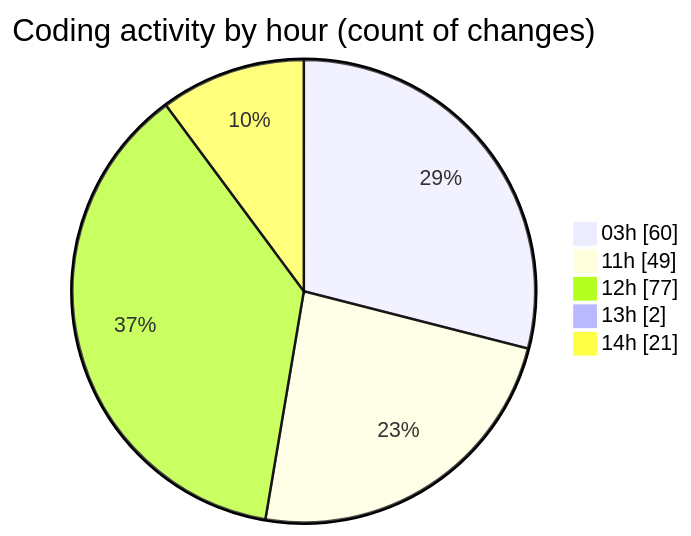
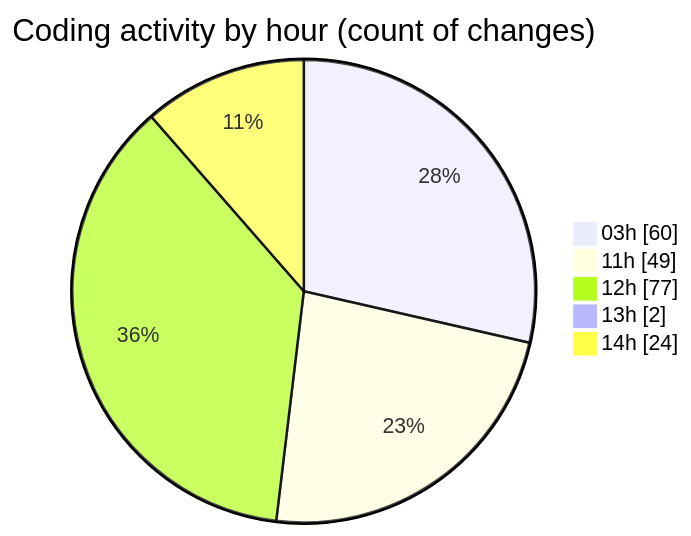
One commit to Ritupan-Deka/code-tracking changed the second of 2 diagrams in 2025-07-02/mern-thinkboard/README.md. Above: the diagram before and after it, drawn with Mermaid. The commit also changed other lines of this file and 1 other file, not shown here.

````diff
--- a/2025-07-02/mern-thinkboard/README.md
+++ b/2025-07-02/mern-thinkboard/README.md
@@ -38,9 +38,9 @@
 ```mermaid
 pie showData
 title Coding activity by hour (count of changes)
 "03h" : 60
 "11h" : 49
 "12h" : 77
 "13h" : 2
-"14h" : 21
+"14h" : 24
 ```
````
